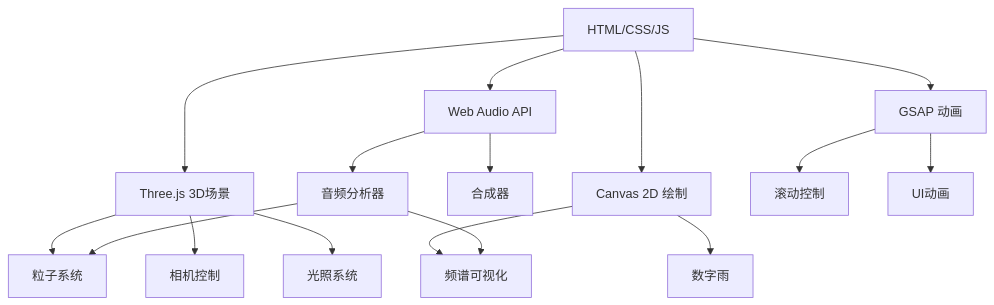
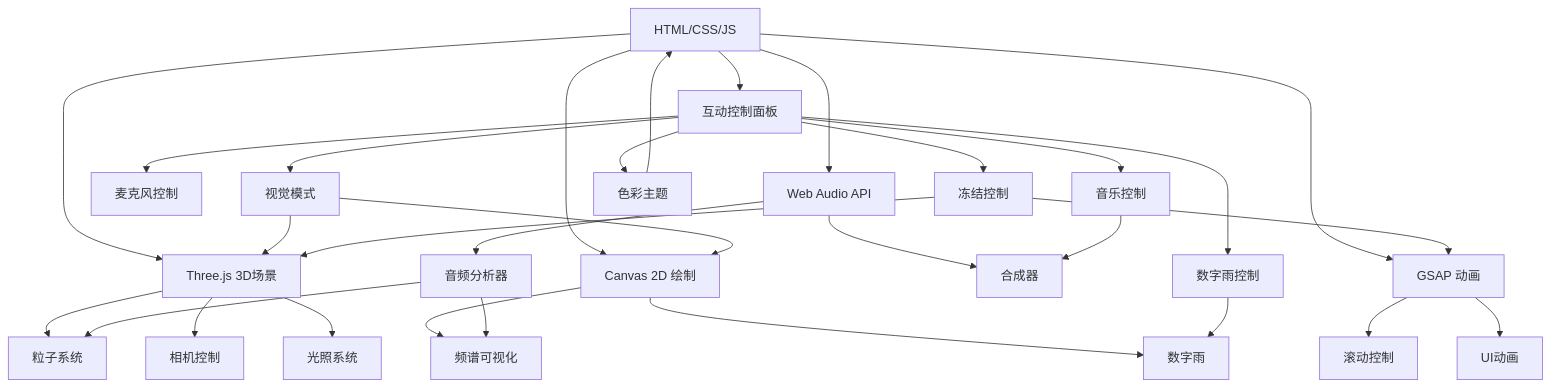
Before and after one commit to 2375351829/html-huahua: the diagram in .trae/documents/赛博狂欢页面-技术架构.md, drawn with Mermaid. The commit also changed other lines of this file and 2 other files, not shown here.

Commit message:
feat: 生成赛博狂欢观赏网页

````diff
--- a/.trae/documents/赛博狂欢页面-技术架构.md
+++ b/.trae/documents/赛博狂欢页面-技术架构.md
@@ -2,18 +2,32 @@
 ```mermaid
 graph TD
     A[HTML/CSS/JS] --> B[Three.js 3D场景]
     A --> C[Web Audio API]
     A --> D[Canvas 2D 绘制]
     A --> E[GSAP 动画]
+    A --> O[互动控制面板]
     B --> F[粒子系统]
     B --> G[相机控制]
     B --> H[光照系统]
     C --> I[合成器]
     C --> J[音频分析器]
     D --> K[数字雨]
     D --> L[频谱可视化]
     E --> M[滚动控制]
     E --> N[UI动画]
+    O --> P[麦克风控制]
+    O --> Q[音乐控制]
+    O --> R[视觉模式]
+    O --> S[数字雨控制]
+    O --> T[色彩主题]
+    O --> U[冻结控制]
     J --> F
     J --> L
+    Q --> I
+    R --> B
+    R --> D
+    S --> K
+    T --> A
+    U --> B
+    U --> E
 ```
````
